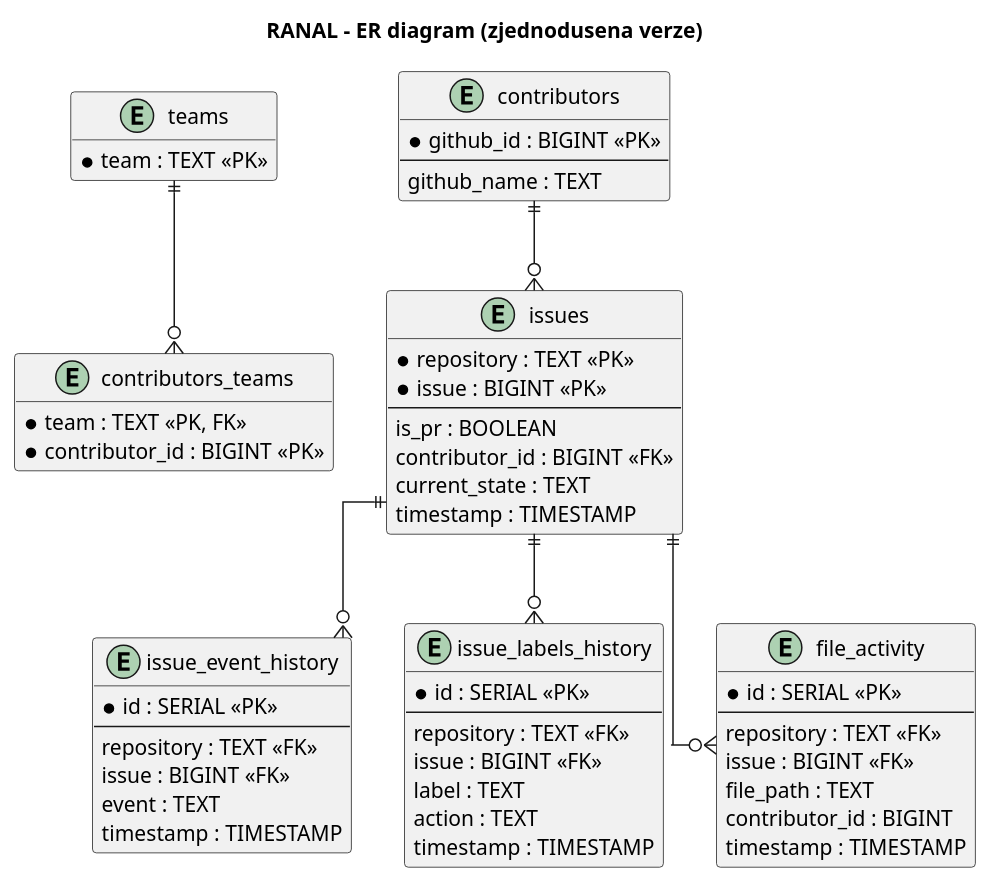
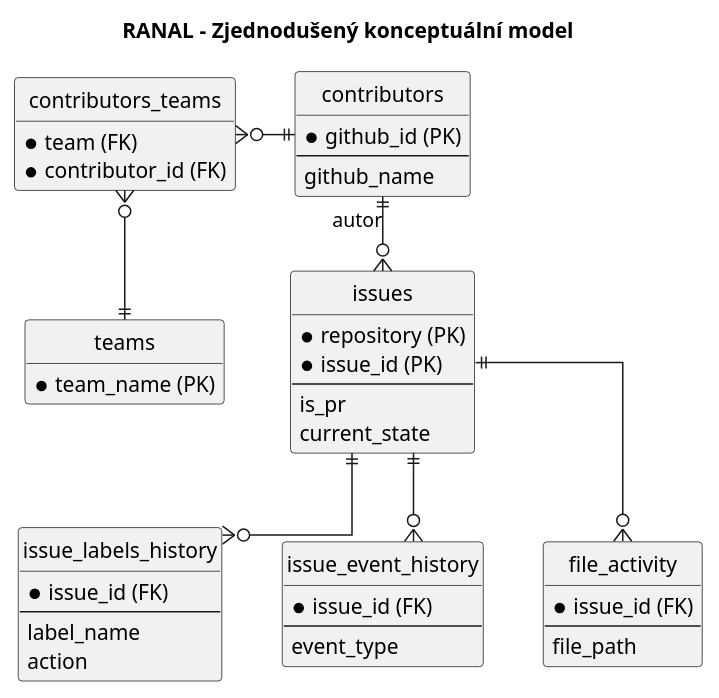
The diagram in src/figures/architecture/overall_database.puml (rcMarty/crabeye-thesis), drawn with PlantUML before and after one commit.

Commit message:
overall database tmp commit

```diff
--- a/src/figures/architecture/overall_database.puml
+++ b/src/figures/architecture/overall_database.puml
@@ -1,68 +1,69 @@
-@startuml overall_database
-title RANAL - ER diagram (zjednodusena verze)
+@startuml er_diagram_simplified
+title RANAL - Zjednodušený konceptuální model
 
-hide methods
-hide stereotypes
+' Skrytí zbytečných ikon a prázdných částí pro čistší vzhled
+hide circle
+hide empty members
 skinparam linetype ortho
 
+' Kompaktní mezery ideální pro vložení do textu
+skinparam nodesep 40
+skinparam ranksep 50
+
+' Definice entit pouze s klíčovými byznys atributy
 entity "teams" as teams {
-  * team : TEXT <<PK>>
+  * team_name (PK)
+}
+
+entity "contributors_teams" as ct {
+  * team (FK)
+  * contributor_id (FK)
 }
 
 entity "contributors" as contributors {
-  * github_id : BIGINT <<PK>>
+  * github_id (PK)
   --
-  github_name : TEXT
-}
-
-entity "contributors_teams" as contributors_teams {
-  * team : TEXT <<PK, FK>>
-  * contributor_id : BIGINT <<PK>>
+  github_name
 }
 
 entity "issues" as issues {
-  * repository : TEXT <<PK>>
-  * issue : BIGINT <<PK>>
+  * repository (PK)
+  * issue_id (PK)
   --
-  is_pr : BOOLEAN
-  contributor_id : BIGINT <<FK>>
-  current_state : TEXT
-  timestamp : TIMESTAMP
+  is_pr
+  current_state
 }
 
-entity "issue_event_history" as issue_event_history {
-  * id : SERIAL <<PK>>
+entity "issue_labels_history" as labels {
+  * issue_id (FK)
   --
-  repository : TEXT <<FK>>
-  issue : BIGINT <<FK>>
-  event : TEXT
-  timestamp : TIMESTAMP
+  label_name
+  action
 }
 
-entity "issue_labels_history" as issue_labels_history {
-  * id : SERIAL <<PK>>
+entity "issue_event_history" as events {
+  * issue_id (FK)
   --
-  repository : TEXT <<FK>>
-  issue : BIGINT <<FK>>
-  label : TEXT
-  action : TEXT
-  timestamp : TIMESTAMP
+  event_type
 }
 
-entity "file_activity" as file_activity {
-  * id : SERIAL <<PK>>
+entity "file_activity" as files {
+  * issue_id (FK)
   --
-  repository : TEXT <<FK>>
-  issue : BIGINT <<FK>>
-  file_path : TEXT
-  contributor_id : BIGINT
-  timestamp : TIMESTAMP
+  file_path
 }
 
-teams ||--o{ contributors_teams
-contributors ||--o{ issues
-issues ||--o{ issue_event_history
-issues ||--o{ issue_labels_history
-issues ||--o{ file_activity
+' ---- Vazby a layout ----
+' Horní patro: Týmy a uživatelé vedle sebe
+teams ||-up-o{ ct
+contributors ||-left-o{ ct
+
+' Střední patro: Užívatelé tvoří issues
+contributors ||-down-o{ issues : " autor"
+
+' Spodní patro: Issue se větví do historie
+issues ||-down-o{ events
+issues ||-down-o{ labels
+issues ||-down-o{ files
 
 @enduml
```
